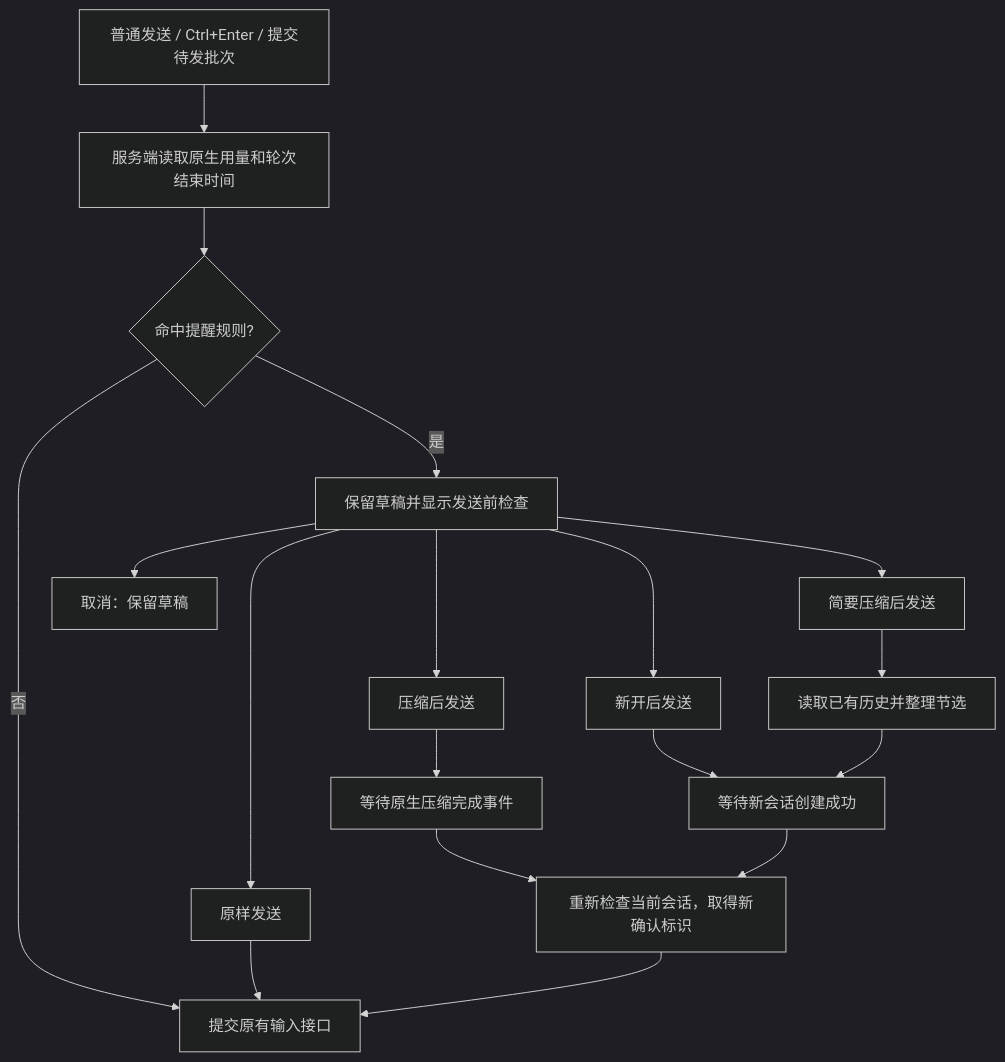
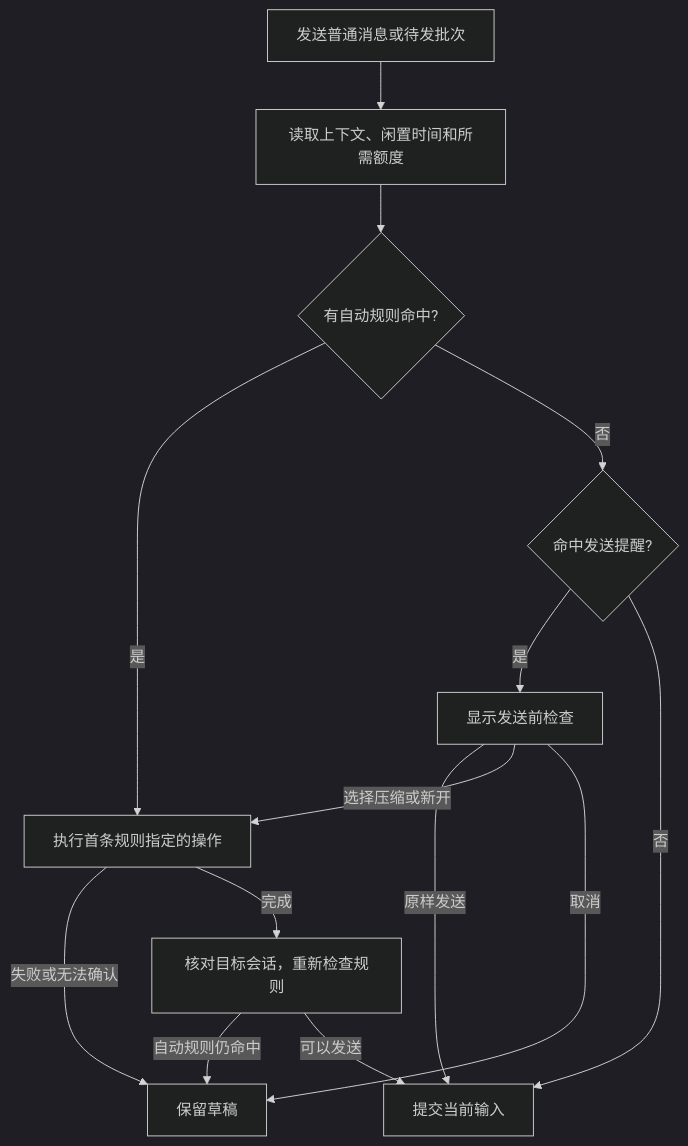
Before and after one commit to Poeagle/agentManager: the diagram in docs/conversation-send-guard.md, drawn with Mermaid (dark theme). The commit also changed other lines of this file and 27 other files, not shown here.

````diff
--- a/docs/conversation-send-guard.md
+++ b/docs/conversation-send-guard.md
@@ -19,20 +31,16 @@
 ```mermaid
 flowchart TD
-    A[普通发送 / Ctrl+Enter / 提交待发批次] --> B[服务端读取原生用量和轮次结束时间]
-    B --> C{命中提醒规则?}
-    C -->|否| H[提交原有输入接口]
-    C -->|是| D[保留草稿并显示发送前检查]
-    D --> E[原样发送]
-    D --> F[压缩后发送]
-    D --> G[新开后发送]
-    D --> M[简要压缩后发送]
-    D --> I[取消：保留草稿]
-    F --> J[等待原生压缩完成事件]
-    G --> K[等待新会话创建成功]
-    M --> N[读取已有历史并整理节选]
-    N --> K
-    J --> L[重新检查当前会话，取得新确认标识]
-    K --> L
-    E --> H
-    L --> H
+    A[发送普通消息或待发批次] --> B[读取上下文、闲置时间和所需额度]
+    B --> C{有自动规则命中?}
+    C -->|是| D[执行首条规则指定的操作]
+    C -->|否| E{命中发送提醒?}
+    E -->|是| F[显示发送前检查]
+    E -->|否| G[提交当前输入]
+    F -->|原样发送| G
+    F -->|选择压缩或新开| D
+    F -->|取消| J[保留草稿]
+    D -->|失败或无法确认| J
+    D -->|完成| H[核对目标会话，重新检查规则]
+    H -->|自动规则仍命中| J
+    H -->|可以发送| G
 ```
````
